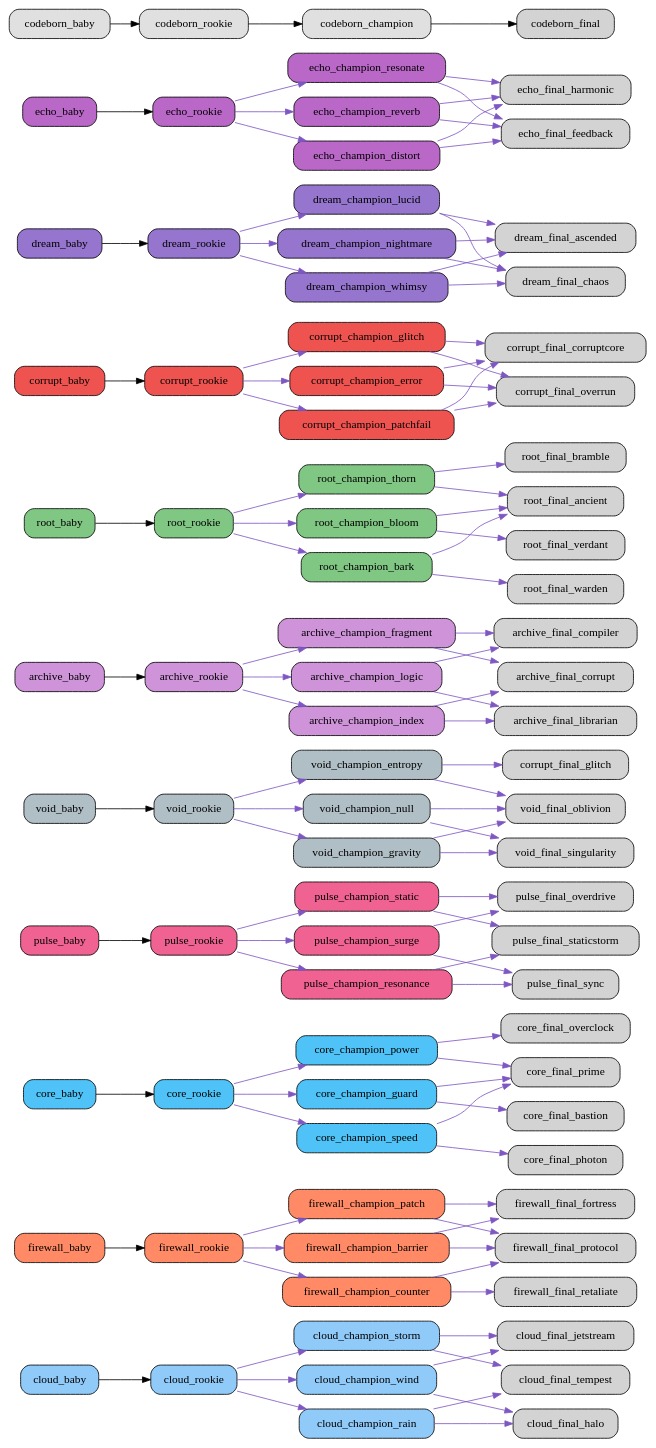
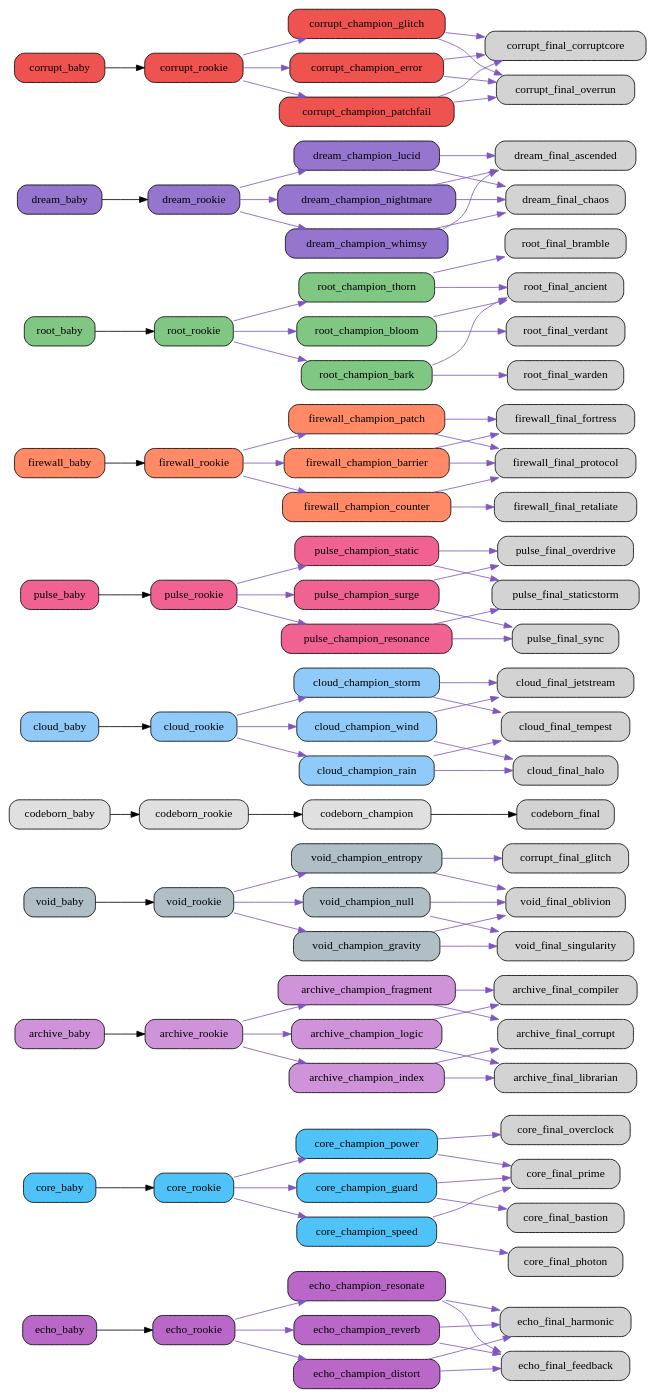
One commit to bwlight/NetGrid changed the diagram in src/netgrid/systems/evolution/graphs/full/evolution_graph.dot. Above: the diagram before and after it, drawn with Graphviz. The commit also changed other lines of this file and 8 other files, not shown here.

Commit message:
Auto-update evolution graphs

```diff
--- a/src/netgrid/systems/evolution/graphs/full/evolution_graph.dot
+++ b/src/netgrid/systems/evolution/graphs/full/evolution_graph.dot
@@ -1,6 +1,72 @@
 digraph EvolutionTree {
   rankdir=LR;
   node [shape=box, style="rounded,filled"];
+  "echo_baby" [fillcolor="#ba68c8"];
+  "echo_baby" -> "echo_rookie";
+  "echo_rookie" [fillcolor="#ba68c8"];
+  "echo_rookie" -> "echo_champion_resonate" [color="#7e57c2"];
+  "echo_rookie" -> "echo_champion_reverb" [color="#7e57c2"];
+  "echo_rookie" -> "echo_champion_distort" [color="#7e57c2"];
+  "echo_champion_resonate" [fillcolor="#ba68c8"];
+  "echo_champion_resonate" -> "echo_final_harmonic" [color="#7e57c2"];
+  "echo_champion_resonate" -> "echo_final_feedback" [color="#7e57c2"];
+  "echo_champion_reverb" [fillcolor="#ba68c8"];
+  "echo_champion_reverb" -> "echo_final_feedback" [color="#7e57c2"];
+  "echo_champion_reverb" -> "echo_final_harmonic" [color="#7e57c2"];
+  "echo_champion_distort" [fillcolor="#ba68c8"];
+  "echo_champion_distort" -> "echo_final_feedback" [color="#7e57c2"];
+  "echo_champion_distort" -> "echo_final_harmonic" [color="#7e57c2"];
+  "core_baby" [fillcolor="#4fc3f7"];
+  "core_baby" -> "core_rookie";
+  "core_rookie" [fillcolor="#4fc3f7"];
+  "core_rookie" -> "core_champion_power" [color="#7e57c2"];
+  "core_rookie" -> "core_champion_guard" [color="#7e57c2"];
+  "core_rookie" -> "core_champion_speed" [color="#7e57c2"];
+  "core_champion_power" [fillcolor="#4fc3f7"];
+  "core_champion_power" -> "core_final_overclock" [color="#7e57c2"];
+  "core_champion_power" -> "core_final_prime" [color="#7e57c2"];
+  "core_champion_guard" [fillcolor="#4fc3f7"];
+  "core_champion_guard" -> "core_final_bastion" [color="#7e57c2"];
+  "core_champion_guard" -> "core_final_prime" [color="#7e57c2"];
+  "core_champion_speed" [fillcolor="#4fc3f7"];
+  "core_champion_speed" -> "core_final_photon" [color="#7e57c2"];
+  "core_champion_speed" -> "core_final_prime" [color="#7e57c2"];
+  "archive_baby" [fillcolor="#ce93d8"];
+  "archive_baby" -> "archive_rookie";
+  "archive_rookie" [fillcolor="#ce93d8"];
+  "archive_rookie" -> "archive_champion_logic" [color="#7e57c2"];
+  "archive_rookie" -> "archive_champion_index" [color="#7e57c2"];
+  "archive_rookie" -> "archive_champion_fragment" [color="#7e57c2"];
+  "archive_champion_logic" [fillcolor="#ce93d8"];
+  "archive_champion_logic" -> "archive_final_compiler" [color="#7e57c2"];
+  "archive_champion_logic" -> "archive_final_librarian" [color="#7e57c2"];
+  "archive_champion_index" [fillcolor="#ce93d8"];
+  "archive_champion_index" -> "archive_final_librarian" [color="#7e57c2"];
+  "archive_champion_index" -> "archive_final_corrupt" [color="#7e57c2"];
+  "archive_champion_fragment" [fillcolor="#ce93d8"];
+  "archive_champion_fragment" -> "archive_final_corrupt" [color="#7e57c2"];
+  "archive_champion_fragment" -> "archive_final_compiler" [color="#7e57c2"];
+  "void_baby" [fillcolor="#b0bec5"];
+  "void_baby" -> "void_rookie";
+  "void_rookie" [fillcolor="#b0bec5"];
+  "void_rookie" -> "void_champion_entropy" [color="#7e57c2"];
+  "void_rookie" -> "void_champion_gravity" [color="#7e57c2"];
+  "void_rookie" -> "void_champion_null" [color="#7e57c2"];
+  "void_champion_entropy" [fillcolor="#b0bec5"];
+  "void_champion_entropy" -> "corrupt_final_glitch" [color="#7e57c2"];
+  "void_champion_entropy" -> "void_final_oblivion" [color="#7e57c2"];
+  "void_champion_gravity" [fillcolor="#b0bec5"];
+  "void_champion_gravity" -> "void_final_singularity" [color="#7e57c2"];
+  "void_champion_gravity" -> "void_final_oblivion" [color="#7e57c2"];
+  "void_champion_null" [fillcolor="#b0bec5"];
+  "void_champion_null" -> "void_final_oblivion" [color="#7e57c2"];
+  "void_champion_null" -> "void_final_singularity" [color="#7e57c2"];
+  "codeborn_baby" [fillcolor="#e0e0e0"];
+  "codeborn_baby" -> "codeborn_rookie";
+  "codeborn_rookie" [fillcolor="#e0e0e0"];
+  "codeborn_rookie" -> "codeborn_champion";
+  "codeborn_champion" [fillcolor="#e0e0e0"];
+  "codeborn_champion" -> "codeborn_final";
   "cloud_baby" [fillcolor="#90caf9"];
   "cloud_baby" -> "cloud_rookie";
   "cloud_rookie" [fillcolor="#90caf9"];
@@ -16,6 +82,21 @@
   "cloud_champion_storm" [fillcolor="#90caf9"];
   "cloud_champion_storm" -> "cloud_final_tempest" [color="#7e57c2"];
   "cloud_champion_storm" -> "cloud_final_jetstream" [color="#7e57c2"];
+  "pulse_baby" [fillcolor="#f06292"];
+  "pulse_baby" -> "pulse_rookie";
+  "pulse_rookie" [fillcolor="#f06292"];
+  "pulse_rookie" -> "pulse_champion_surge" [color="#7e57c2"];
+  "pulse_rookie" -> "pulse_champion_resonance" [color="#7e57c2"];
+  "pulse_rookie" -> "pulse_champion_static" [color="#7e57c2"];
+  "pulse_champion_surge" [fillcolor="#f06292"];
+  "pulse_champion_surge" -> "pulse_final_overdrive" [color="#7e57c2"];
+  "pulse_champion_surge" -> "pulse_final_sync" [color="#7e57c2"];
+  "pulse_champion_resonance" [fillcolor="#f06292"];
+  "pulse_champion_resonance" -> "pulse_final_sync" [color="#7e57c2"];
+  "pulse_champion_resonance" -> "pulse_final_staticstorm" [color="#7e57c2"];
+  "pulse_champion_static" [fillcolor="#f06292"];
+  "pulse_champion_static" -> "pulse_final_staticstorm" [color="#7e57c2"];
+  "pulse_champion_static" -> "pulse_final_overdrive" [color="#7e57c2"];
   "firewall_baby" [fillcolor="#ff8a65"];
   "firewall_baby" -> "firewall_rookie";
   "firewall_rookie" [fillcolor="#ff8a65"];
@@ -31,66 +112,6 @@
   "firewall_champion_patch" [fillcolor="#ff8a65"];
   "firewall_champion_patch" -> "firewall_final_protocol" [color="#7e57c2"];
   "firewall_champion_patch" -> "firewall_final_fortress" [color="#7e57c2"];
-  "core_baby" [fillcolor="#4fc3f7"];
-  "core_baby" -> "core_rookie";
-  "core_rookie" [fillcolor="#4fc3f7"];
-  "core_rookie" -> "core_champion_power" [color="#7e57c2"];
-  "core_rookie" -> "core_champion_guard" [color="#7e57c2"];
-  "core_rookie" -> "core_champion_speed" [color="#7e57c2"];
-  "core_champion_power" [fillcolor="#4fc3f7"];
-  "core_champion_power" -> "core_final_overclock" [color="#7e57c2"];
-  "core_champion_power" -> "core_final_prime" [color="#7e57c2"];
-  "core_champion_guard" [fillcolor="#4fc3f7"];
-  "core_champion_guard" -> "core_final_bastion" [color="#7e57c2"];
-  "core_champion_guard" -> "core_final_prime" [color="#7e57c2"];
-  "core_champion_speed" [fillcolor="#4fc3f7"];
-  "core_champion_speed" -> "core_final_photon" [color="#7e57c2"];
-  "core_champion_speed" -> "core_final_prime" [color="#7e57c2"];
-  "pulse_baby" [fillcolor="#f06292"];
-  "pulse_baby" -> "pulse_rookie";
-  "pulse_rookie" [fillcolor="#f06292"];
-  "pulse_rookie" -> "pulse_champion_surge" [color="#7e57c2"];
-  "pulse_rookie" -> "pulse_champion_resonance" [color="#7e57c2"];
-  "pulse_rookie" -> "pulse_champion_static" [color="#7e57c2"];
-  "pulse_champion_surge" [fillcolor="#f06292"];
-  "pulse_champion_surge" -> "pulse_final_overdrive" [color="#7e57c2"];
-  "pulse_champion_surge" -> "pulse_final_sync" [color="#7e57c2"];
-  "pulse_champion_resonance" [fillcolor="#f06292"];
-  "pulse_champion_resonance" -> "pulse_final_sync" [color="#7e57c2"];
-  "pulse_champion_resonance" -> "pulse_final_staticstorm" [color="#7e57c2"];
-  "pulse_champion_static" [fillcolor="#f06292"];
-  "pulse_champion_static" -> "pulse_final_staticstorm" [color="#7e57c2"];
-  "pulse_champion_static" -> "pulse_final_overdrive" [color="#7e57c2"];
-  "void_baby" [fillcolor="#b0bec5"];
-  "void_baby" -> "void_rookie";
-  "void_rookie" [fillcolor="#b0bec5"];
-  "void_rookie" -> "void_champion_entropy" [color="#7e57c2"];
-  "void_rookie" -> "void_champion_gravity" [color="#7e57c2"];
-  "void_rookie" -> "void_champion_null" [color="#7e57c2"];
-  "void_champion_entropy" [fillcolor="#b0bec5"];
-  "void_champion_entropy" -> "corrupt_final_glitch" [color="#7e57c2"];
-  "void_champion_entropy" -> "void_final_oblivion" [color="#7e57c2"];
-  "void_champion_gravity" [fillcolor="#b0bec5"];
-  "void_champion_gravity" -> "void_final_singularity" [color="#7e57c2"];
-  "void_champion_gravity" -> "void_final_oblivion" [color="#7e57c2"];
-  "void_champion_null" [fillcolor="#b0bec5"];
-  "void_champion_null" -> "void_final_oblivion" [color="#7e57c2"];
-  "void_champion_null" -> "void_final_singularity" [color="#7e57c2"];
-  "archive_baby" [fillcolor="#ce93d8"];
-  "archive_baby" -> "archive_rookie";
-  "archive_rookie" [fillcolor="#ce93d8"];
-  "archive_rookie" -> "archive_champion_logic" [color="#7e57c2"];
-  "archive_rookie" -> "archive_champion_index" [color="#7e57c2"];
-  "archive_rookie" -> "archive_champion_fragment" [color="#7e57c2"];
-  "archive_champion_logic" [fillcolor="#ce93d8"];
-  "archive_champion_logic" -> "archive_final_compiler" [color="#7e57c2"];
-  "archive_champion_logic" -> "archive_final_librarian" [color="#7e57c2"];
-  "archive_champion_index" [fillcolor="#ce93d8"];
-  "archive_champion_index" -> "archive_final_librarian" [color="#7e57c2"];
-  "archive_champion_index" -> "archive_final_corrupt" [color="#7e57c2"];
-  "archive_champion_fragment" [fillcolor="#ce93d8"];
-  "archive_champion_fragment" -> "archive_final_corrupt" [color="#7e57c2"];
-  "archive_champion_fragment" -> "archive_final_compiler" [color="#7e57c2"];
   "root_baby" [fillcolor="#81c784"];
   "root_baby" -> "root_rookie";
   "root_rookie" [fillcolor="#81c784"];
@@ -106,6 +127,21 @@
   "root_champion_bark" [fillcolor="#81c784"];
   "root_champion_bark" -> "root_final_warden" [color="#7e57c2"];
   "root_champion_bark" -> "root_final_ancient" [color="#7e57c2"];
+  "dream_baby" [fillcolor="#9575cd"];
+  "dream_baby" -> "dream_rookie";
+  "dream_rookie" [fillcolor="#9575cd"];
+  "dream_rookie" -> "dream_champion_lucid" [color="#7e57c2"];
+  "dream_rookie" -> "dream_champion_nightmare" [color="#7e57c2"];
+  "dream_rookie" -> "dream_champion_whimsy" [color="#7e57c2"];
+  "dream_champion_lucid" [fillcolor="#9575cd"];
+  "dream_champion_lucid" -> "dream_final_ascended" [color="#7e57c2"];
+  "dream_champion_lucid" -> "dream_final_chaos" [color="#7e57c2"];
+  "dream_champion_nightmare" [fillcolor="#9575cd"];
+  "dream_champion_nightmare" -> "dream_final_chaos" [color="#7e57c2"];
+  "dream_champion_nightmare" -> "dream_final_ascended" [color="#7e57c2"];
+  "dream_champion_whimsy" [fillcolor="#9575cd"];
+  "dream_champion_whimsy" -> "dream_final_ascended" [color="#7e57c2"];
+  "dream_champion_whimsy" -> "dream_final_chaos" [color="#7e57c2"];
   "corrupt_baby" [fillcolor="#ef5350"];
   "corrupt_baby" -> "corrupt_rookie";
   "corrupt_rookie" [fillcolor="#ef5350"];
@@ -121,40 +157,4 @@
   "corrupt_champion_patchfail" [fillcolor="#ef5350"];
   "corrupt_champion_patchfail" -> "corrupt_final_corruptcore" [color="#7e57c2"];
   "corrupt_champion_patchfail" -> "corrupt_final_overrun" [color="#7e57c2"];
-  "dream_baby" [fillcolor="#9575cd"];
-  "dream_baby" -> "dream_rookie";
-  "dream_rookie" [fillcolor="#9575cd"];
-  "dream_rookie" -> "dream_champion_lucid" [color="#7e57c2"];
-  "dream_rookie" -> "dream_champion_nightmare" [color="#7e57c2"];
-  "dream_rookie" -> "dream_champion_whimsy" [color="#7e57c2"];
-  "dream_champion_lucid" [fillcolor="#9575cd"];
-  "dream_champion_lucid" -> "dream_final_ascended" [color="#7e57c2"];
-  "dream_champion_lucid" -> "dream_final_chaos" [color="#7e57c2"];
-  "dream_champion_nightmare" [fillcolor="#9575cd"];
-  "dream_champion_nightmare" -> "dream_final_chaos" [color="#7e57c2"];
-  "dream_champion_nightmare" -> "dream_final_ascended" [color="#7e57c2"];
-  "dream_champion_whimsy" [fillcolor="#9575cd"];
-  "dream_champion_whimsy" -> "dream_final_ascended" [color="#7e57c2"];
-  "dream_champion_whimsy" -> "dream_final_chaos" [color="#7e57c2"];
-  "echo_baby" [fillcolor="#ba68c8"];
-  "echo_baby" -> "echo_rookie";
-  "echo_rookie" [fillcolor="#ba68c8"];
-  "echo_rookie" -> "echo_champion_resonate" [color="#7e57c2"];
-  "echo_rookie" -> "echo_champion_reverb" [color="#7e57c2"];
-  "echo_rookie" -> "echo_champion_distort" [color="#7e57c2"];
-  "echo_champion_resonate" [fillcolor="#ba68c8"];
-  "echo_champion_resonate" -> "echo_final_harmonic" [color="#7e57c2"];
-  "echo_champion_resonate" -> "echo_final_feedback" [color="#7e57c2"];
-  "echo_champion_reverb" [fillcolor="#ba68c8"];
-  "echo_champion_reverb" -> "echo_final_feedback" [color="#7e57c2"];
-  "echo_champion_reverb" -> "echo_final_harmonic" [color="#7e57c2"];
-  "echo_champion_distort" [fillcolor="#ba68c8"];
-  "echo_champion_distort" -> "echo_final_feedback" [color="#7e57c2"];
-  "echo_champion_distort" -> "echo_final_harmonic" [color="#7e57c2"];
-  "codeborn_baby" [fillcolor="#e0e0e0"];
-  "codeborn_baby" -> "codeborn_rookie";
-  "codeborn_rookie" [fillcolor="#e0e0e0"];
-  "codeborn_rookie" -> "codeborn_champion";
-  "codeborn_champion" [fillcolor="#e0e0e0"];
-  "codeborn_champion" -> "codeborn_final";
 }
```
